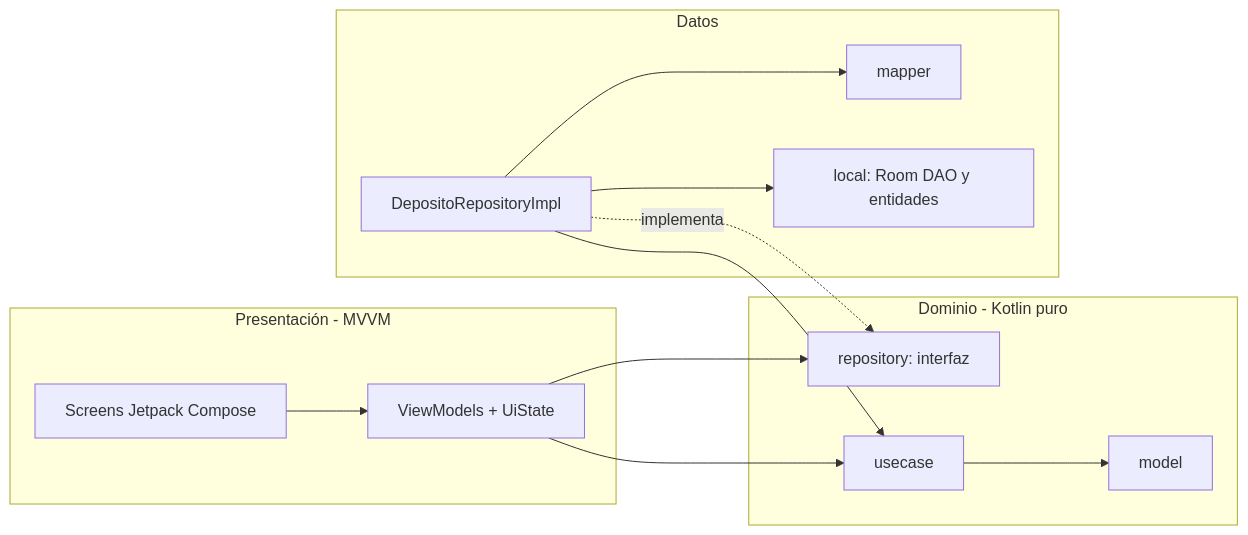
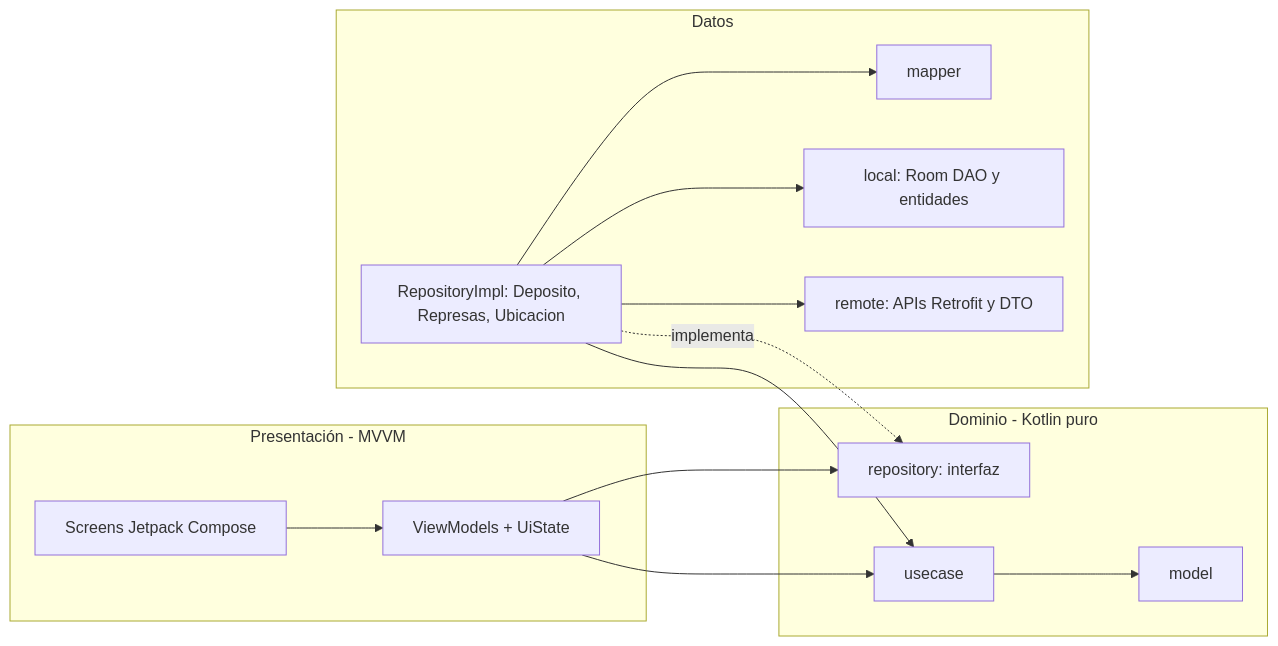
Before and after one commit to Cristhian465/Aguarda: diagram 22 of 26 in informes/FD04-SAD.md, drawn with Mermaid. The commit also changed other lines of this file and 36 other files, not shown here.

````diff
--- a/informes/FD04-SAD.md
+++ b/informes/FD04-SAD.md
@@ -598,26 +873,28 @@
 ```mermaid
 flowchart LR
     subgraph P[Presentación - MVVM]
       UI[Screens Jetpack Compose]
       VM[ViewModels + UiState]
     end
     subgraph DOM[Dominio - Kotlin puro]
       MOD[model]
       REPI[repository: interfaz]
       UC[usecase]
     end
     subgraph D[Datos]
-      IMPL[DepositoRepositoryImpl]
+      IMPL[RepositoryImpl: Deposito, Represas, Ubicacion]
       MAP[mapper]
       ROOM[local: Room DAO y entidades]
+      REMOTE[remote: APIs Retrofit y DTO]
     end
 
     UI --> VM
     VM --> UC
     VM --> REPI
     IMPL -. implementa .-> REPI
     IMPL --> UC
     IMPL --> MAP
     IMPL --> ROOM
+    IMPL --> REMOTE
     UC --> MOD
 ```
````
